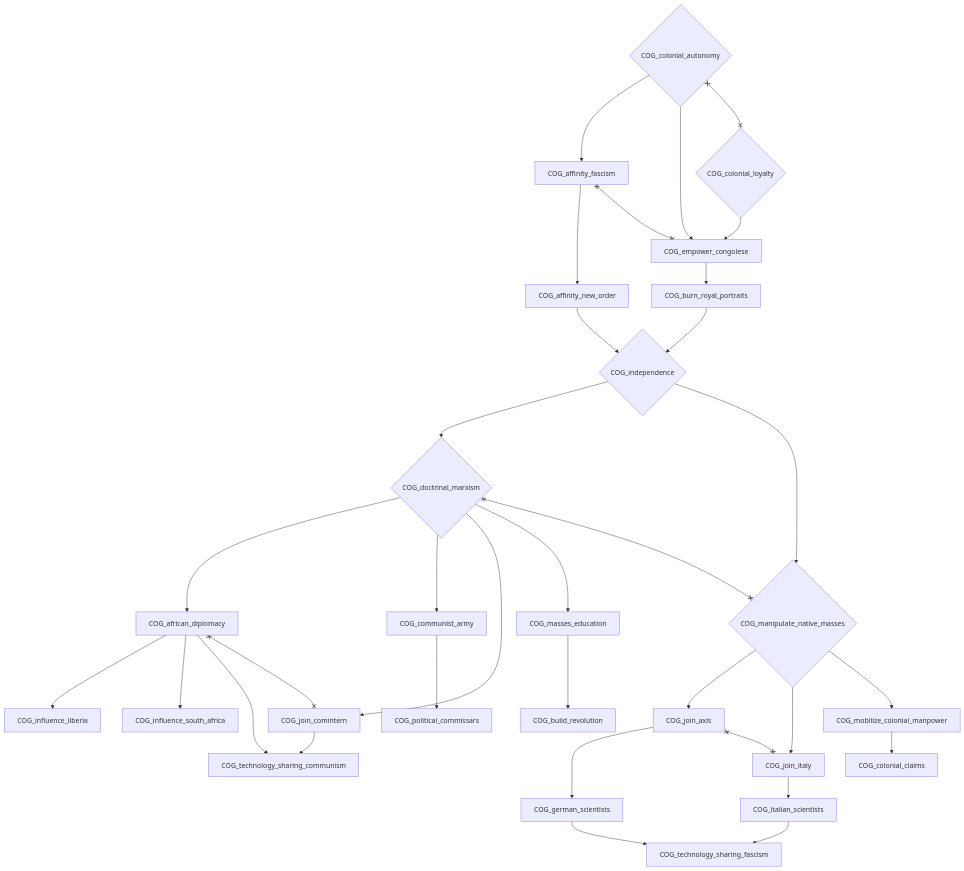
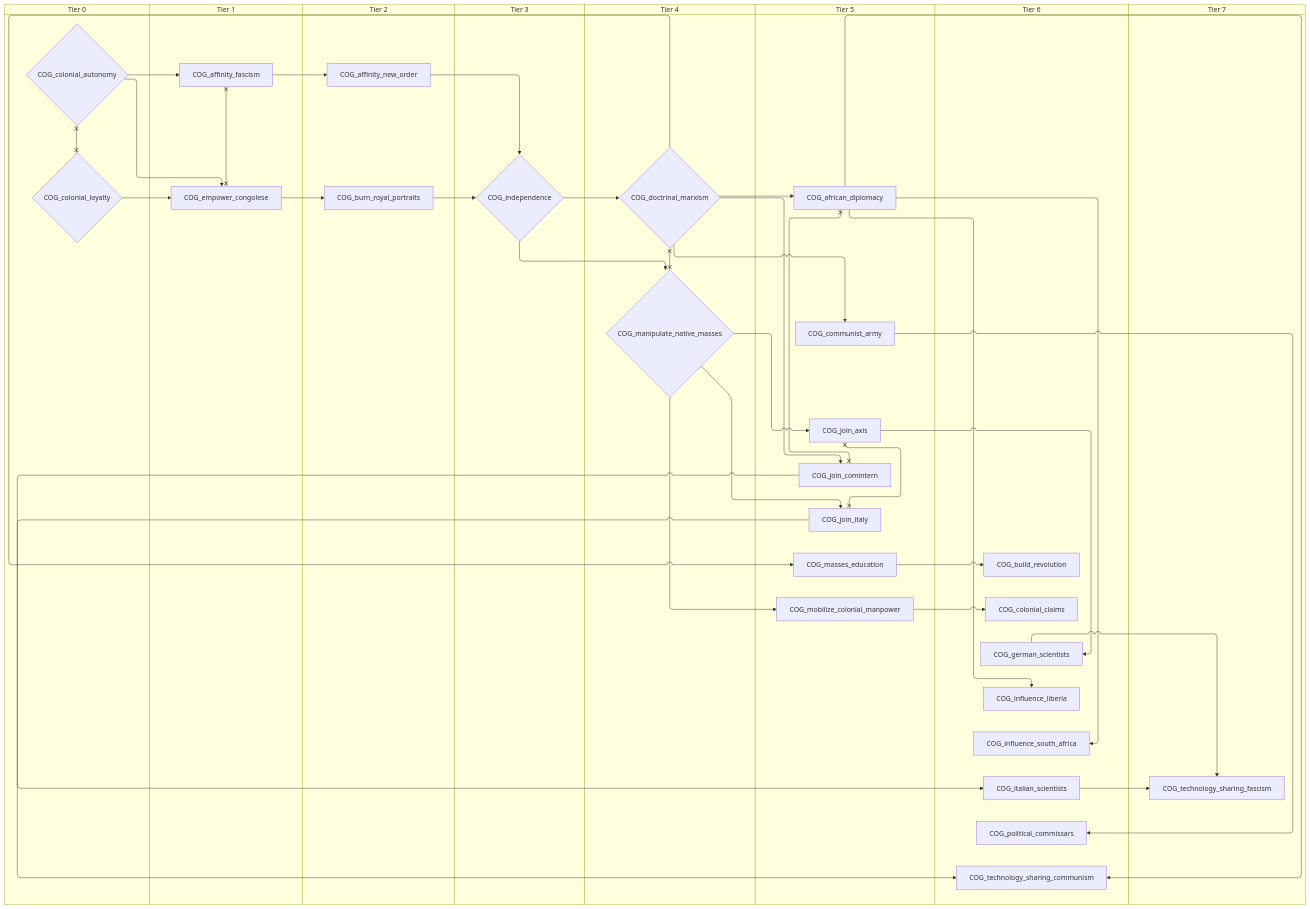
The second of 4 diagrams in docs/gdd/National Focuses/r56/r56_congo.md (evgeny-sobol/hoi4-sandbox-mode-r56), drawn with Mermaid before and after one commit. The commit also changed other lines of this file and 423 other files, not shown here.

First line of the commit message:
Re-export Rt56 focus trees as swimlane diagrams

````diff
--- a/docs/gdd/National Focuses/r56/r56_congo.md
+++ b/docs/gdd/National Focuses/r56/r56_congo.md
@@ -70,60 +82,76 @@
 ```mermaid
-flowchart TD
-    n30["COG_affinity_fascism"]
-    n31["COG_affinity_new_order"]
-    n32["COG_african_diplomacy"]
-    n33["COG_build_revolution"]
-    n34["COG_burn_royal_portraits"]
-    n35{"COG_colonial_autonomy"}
-    n36["COG_colonial_claims"]
-    n37{"COG_colonial_loyalty"}
-    n38["COG_communist_army"]
-    n39{"COG_doctrinal_marxism"}
-    n40["COG_empower_congolese"]
-    n41["COG_german_scientists"]
-    n42{"COG_independence"}
-    n43["COG_influence_liberia"]
-    n44["COG_influence_south_africa"]
-    n45["COG_italian_scientists"]
-    n46["COG_join_axis"]
-    n47["COG_join_comintern"]
-    n48["COG_join_italy"]
-    n49{"COG_manipulate_native_masses"}
-    n50["COG_masses_education"]
-    n51["COG_mobilize_colonial_manpower"]
-    n52["COG_political_commissars"]
-    n53["COG_technology_sharing_communism"]
-    n54["COG_technology_sharing_fascism"]
-    n35 --> n30
-    n30 --> n31
-    n39 --> n32
-    n50 --> n33
-    n40 --> n34
-    n51 --> n36
-    n39 --> n38
-    n42 --> n39
-    n35 --> n40
+swimlane-beta TD
+    subgraph tier_0["Tier 0"]
+        n30{"COG_colonial_autonomy"}
+        n31{"COG_colonial_loyalty"}
+    end
+    subgraph tier_1["Tier 1"]
+        n32["COG_affinity_fascism"]
+        n33["COG_empower_congolese"]
+    end
+    subgraph tier_2["Tier 2"]
+        n34["COG_affinity_new_order"]
+        n35["COG_burn_royal_portraits"]
+    end
+    subgraph tier_3["Tier 3"]
+        n36{"COG_independence"}
+    end
+    subgraph tier_4["Tier 4"]
+        n37{"COG_doctrinal_marxism"}
+        n38{"COG_manipulate_native_masses"}
+    end
+    subgraph tier_5["Tier 5"]
+        n39["COG_african_diplomacy"]
+        n40["COG_communist_army"]
+        n41["COG_join_axis"]
+        n42["COG_join_comintern"]
+        n43["COG_join_italy"]
+        n44["COG_masses_education"]
+        n45["COG_mobilize_colonial_manpower"]
+    end
+    subgraph tier_6["Tier 6"]
+        n46["COG_build_revolution"]
+        n47["COG_colonial_claims"]
+        n48["COG_german_scientists"]
+        n49["COG_influence_liberia"]
+        n50["COG_influence_south_africa"]
+        n51["COG_italian_scientists"]
+        n52["COG_political_commissars"]
+        n53["COG_technology_sharing_communism"]
+    end
+    subgraph tier_7["Tier 7"]
+        n54["COG_technology_sharing_fascism"]
+    end
+    n30 --> n32
+    n32 --> n34
+    n37 --> n39
+    n44 --> n46
+    n33 --> n35
+    n45 --> n47
     n37 --> n40
-    n46 --> n41
-    n31 --> n42
-    n34 --> n42
-    n32 --> n43
-    n32 --> n44
-    n48 --> n45
-    n49 --> n46
-    n39 --> n47
-    n49 --> n48
-    n42 --> n49
+    n36 --> n37
+    n30 --> n33
+    n31 --> n33
+    n41 --> n48
+    n34 --> n36
+    n35 --> n36
+    n39 --> n49
     n39 --> n50
-    n49 --> n51
-    n38 --> n52
-    n32 --> n53
-    n47 --> n53
-    n45 --> n54
-    n41 --> n54
-    n30 x--x n40
-    n32 x--x n47
-    n35 x--x n37
-    n39 x--x n49
-    n46 x--x n48
+    n43 --> n51
+    n38 --> n41
+    n37 --> n42
+    n38 --> n43
+    n36 --> n38
+    n37 --> n44
+    n38 --> n45
+    n40 --> n52
+    n39 --> n53
+    n42 --> n53
+    n51 --> n54
+    n48 --> n54
+    n32 x--x n33
+    n39 x--x n42
+    n30 x--x n31
+    n37 x--x n38
+    n41 x--x n43
 ```
````
